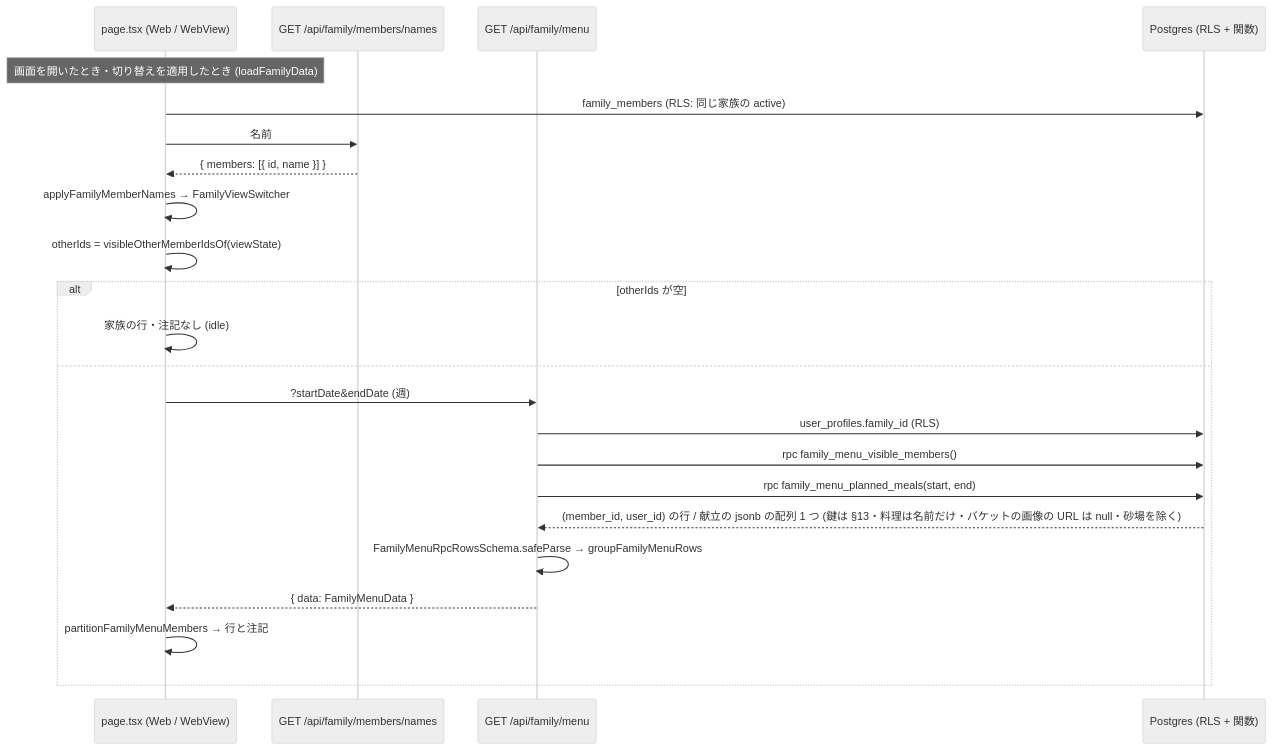
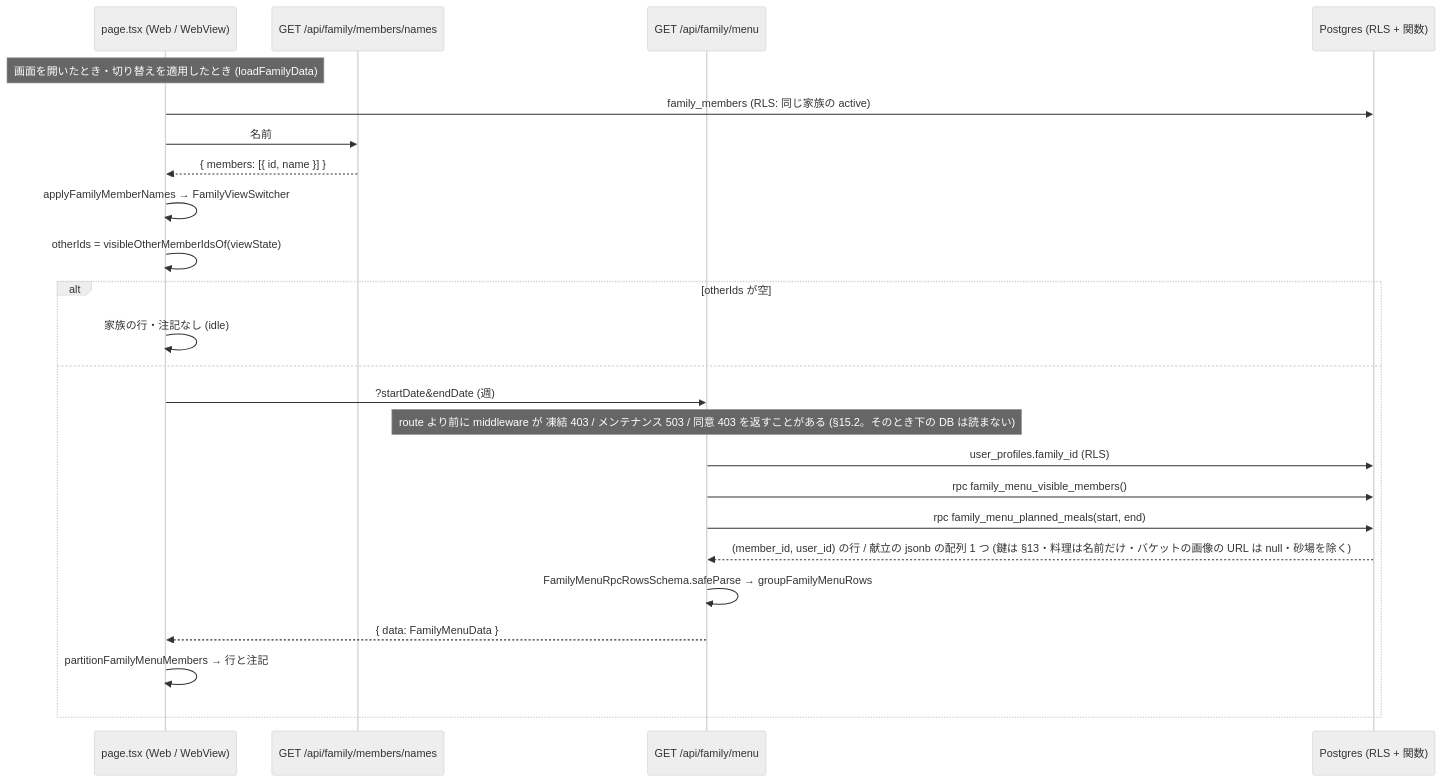
One commit to DaisukeHori/homegohan-app changed the diagram in docs/design/family/10-family-menu-view.md. Above: the diagram before and after it, drawn with Mermaid (neutral theme). The commit also changed other lines of this file, not shown here.

````diff
--- a/docs/design/family/10-family-menu-view.md
+++ b/docs/design/family/10-family-menu-view.md
@@ -1141,25 +1159,26 @@
 ```mermaid
 sequenceDiagram
   participant P as page.tsx (Web / WebView)
   participant N as GET /api/family/members/names
   participant M as GET /api/family/menu
   participant DB as Postgres (RLS + 関数)
   Note over P: 画面を開いたとき・切り替えを適用したとき (loadFamilyData)
   P->>DB: family_members (RLS: 同じ家族の active)
   P->>N: 名前
   N-->>P: { members: [{ id, name }] }
   P->>P: applyFamilyMemberNames → FamilyViewSwitcher
   P->>P: otherIds = visibleOtherMemberIdsOf(viewState)
   alt otherIds が空
     P->>P: 家族の行・注記なし (idle)
   else
     P->>M: ?startDate&endDate (週)
+    Note over M: route より前に middleware が 凍結 403 / メンテナンス 503 / 同意 403 を返すことがある (§15.2。そのとき下の DB は読まない)
     M->>DB: user_profiles.family_id (RLS)
     M->>DB: rpc family_menu_visible_members()
     M->>DB: rpc family_menu_planned_meals(start, end)
     DB-->>M: (member_id, user_id) の行 / 献立の jsonb の配列 1 つ (鍵は §13・料理は名前だけ・バケットの画像の URL は null・砂場を除く)
     M->>M: FamilyMenuRpcRowsSchema.safeParse → groupFamilyMenuRows
     M-->>P: { data: FamilyMenuData }
     P->>P: partitionFamilyMenuMembers → 行と注記
   end
 ```
````
